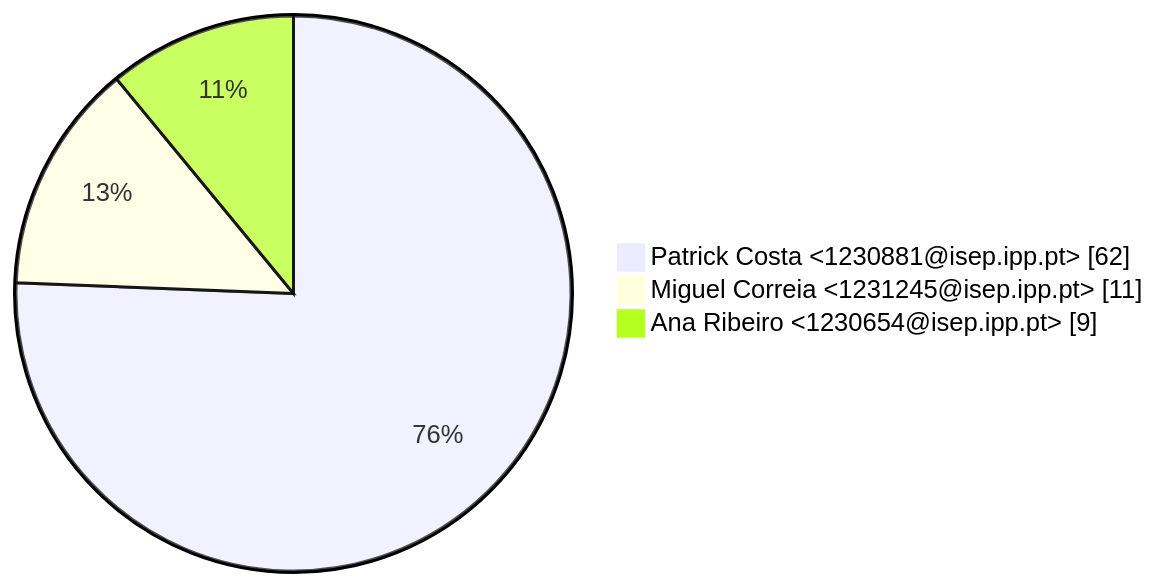
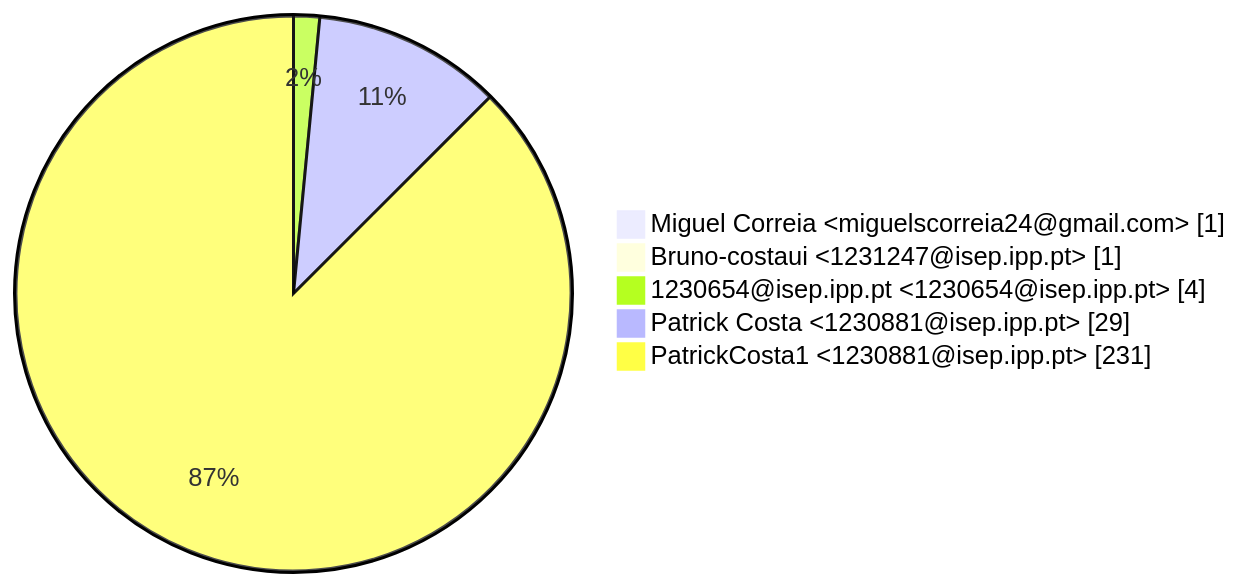
The third of 3 diagrams in GitAnalysis/Sprint_1/Contributions.md (PatrickCosta1/LSIS1_Grupo_7_GitHub), drawn with Mermaid before and after one commit. The commit also changed other lines of this file and 1 other file, not shown here.

````diff
--- a/GitAnalysis/Sprint_1/Contributions.md
+++ b/GitAnalysis/Sprint_1/Contributions.md
@@ -25,6 +31,8 @@
 ```mermaid
 pie showData
-    " Patrick Costa <1230881@isep.ipp.pt>" : 62
-    " Miguel Correia <1231245@isep.ipp.pt>" : 11
-    " Ana Ribeiro <1230654@isep.ipp.pt>" : 9
+    " Miguel Correia <miguelscorreia24@gmail.com>" : 1
+    " Bruno-costaui <1231247@isep.ipp.pt>" : 1
+    " 1230654@isep.ipp.pt <1230654@isep.ipp.pt>" : 4
+    " Patrick Costa <1230881@isep.ipp.pt>" : 29
+    " PatrickCosta1 <1230881@isep.ipp.pt>" : 231
 ```
````
